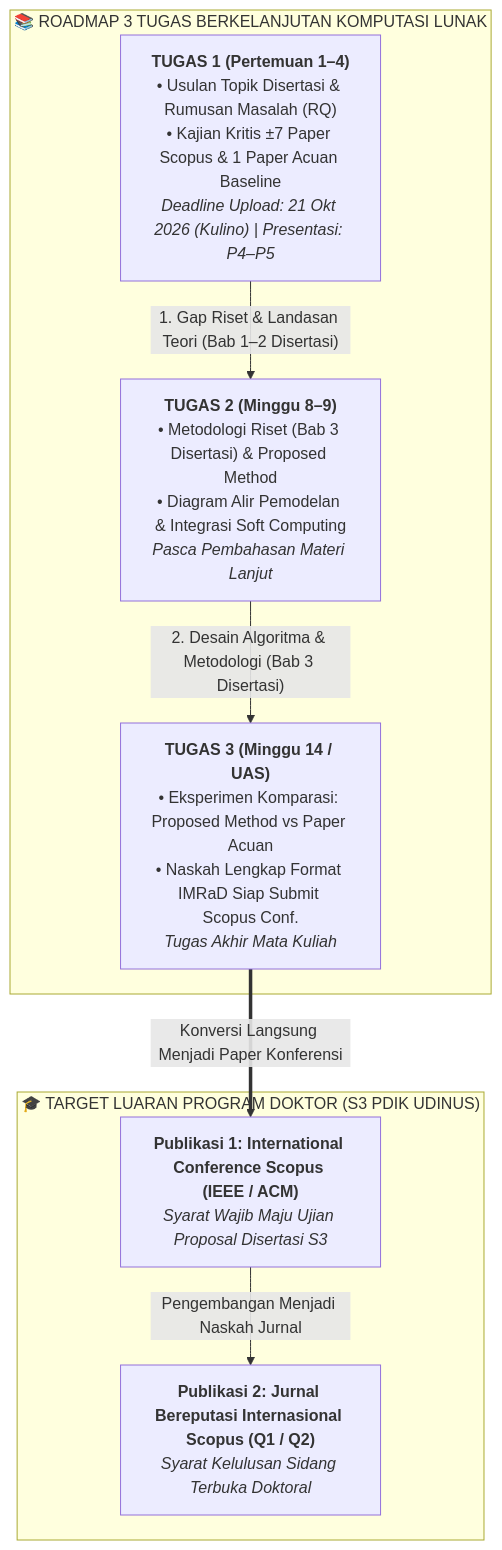
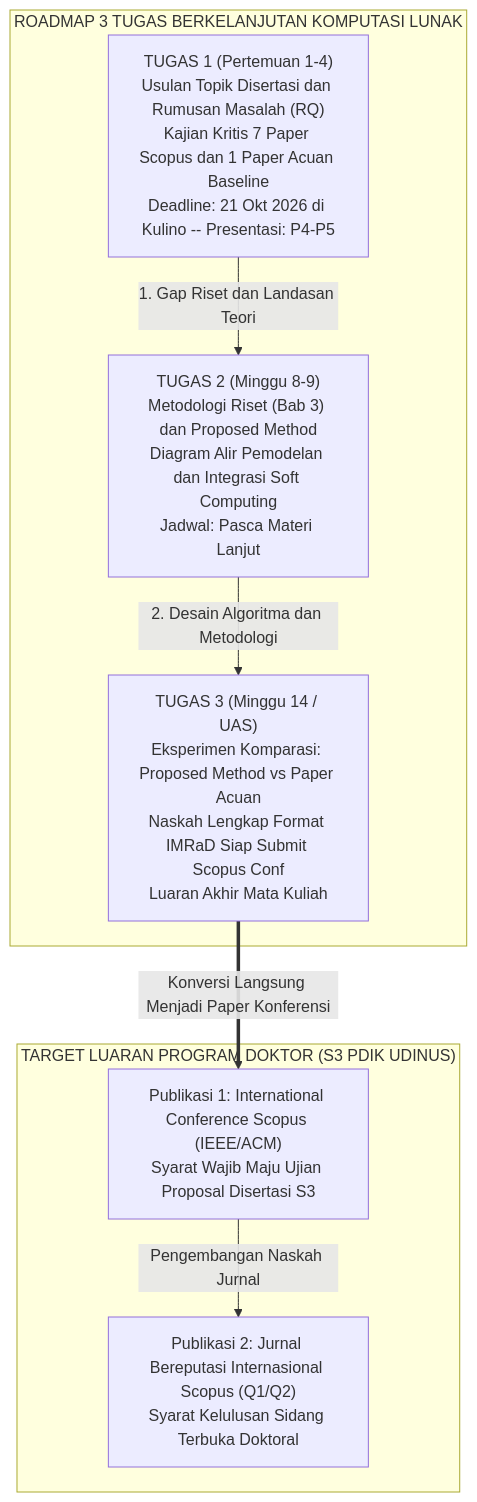
The diagram in 04-advanced-soft-computing/pertemuan-01-pengantar-soft-computing-dan-kontrak-tugas.md (antonprafanto/pdik-udinus-notes), drawn with Mermaid before and after one commit.

Commit message:
fix(mermaid): clean syntax to prevent GitHub parser error and text truncation

````diff
--- a/04-advanced-soft-computing/pertemuan-01-pengantar-soft-computing-dan-kontrak-tugas.md
+++ b/04-advanced-soft-computing/pertemuan-01-pengantar-soft-computing-dan-kontrak-tugas.md
@@ -26,22 +26,22 @@
 ```mermaid
 flowchart TD
-    subgraph TAHAP["📚 ROADMAP 3 TUGAS BERKELANJUTAN KOMPUTASI LUNAK"]
-        T1["<b>TUGAS 1 (Pertemuan 1–4)</b><br/>• Usulan Topik Disertasi & Rumusan Masalah (RQ)<br/>• Kajian Kritis ±7 Paper Scopus & 1 Paper Acuan Baseline<br/><i>Deadline Upload: 21 Okt 2026 (Kulino) | Presentasi: P4–P5</i>"]
+    subgraph TAHAPAN["ROADMAP 3 TUGAS BERKELANJUTAN KOMPUTASI LUNAK"]
+        T1["TUGAS 1 (Pertemuan 1-4)<br/>Usulan Topik Disertasi dan Rumusan Masalah (RQ)<br/>Kajian Kritis 7 Paper Scopus dan 1 Paper Acuan Baseline<br/>Deadline: 21 Okt 2026 di Kulino -- Presentasi: P4-P5"]
 
-        T2["<b>TUGAS 2 (Minggu 8–9)</b><br/>• Metodologi Riset (Bab 3 Disertasi) & Proposed Method<br/>• Diagram Alir Pemodelan & Integrasi Soft Computing<br/><i>Pasca Pembahasan Materi Lanjut</i>"]
+        T2["TUGAS 2 (Minggu 8-9)<br/>Metodologi Riset (Bab 3) dan Proposed Method<br/>Diagram Alir Pemodelan dan Integrasi Soft Computing<br/>Jadwal: Pasca Materi Lanjut"]
 
-        T3["<b>TUGAS 3 (Minggu 14 / UAS)</b><br/>• Eksperimen Komparasi: Proposed Method vs Paper Acuan<br/>• Naskah Lengkap Format IMRaD Siap Submit Scopus Conf.<br/><i>Tugas Akhir Mata Kuliah</i>"]
+        T3["TUGAS 3 (Minggu 14 / UAS)<br/>Eksperimen Komparasi: Proposed Method vs Paper Acuan<br/>Naskah Lengkap Format IMRaD Siap Submit Scopus Conf<br/>Luaran Akhir Mata Kuliah"]
 
-        T1 -->|"1. Gap Riset & Landasan Teori (Bab 1–2 Disertasi)"| T2
-        T2 -->|"2. Desain Algoritma & Metodologi (Bab 3 Disertasi)"| T3
+        T1 -->|"1. Gap Riset dan Landasan Teori"| T2
+        T2 -->|"2. Desain Algoritma dan Metodologi"| T3
     end
 
-    subgraph LUARAN["🎓 TARGET LUARAN PROGRAM DOKTOR (S3 PDIK UDINUS)"]
-        PUB1["<b>Publikasi 1: International Conference Scopus (IEEE / ACM)</b><br/><i>Syarat Wajib Maju Ujian Proposal Disertasi S3</i>"]
-        PUB2["<b>Publikasi 2: Jurnal Bereputasi Internasional Scopus (Q1 / Q2)</b><br/><i>Syarat Kelulusan Sidang Terbuka Doktoral</i>"]
+    subgraph LUARAN["TARGET LUARAN PROGRAM DOKTOR (S3 PDIK UDINUS)"]
+        PUB1["Publikasi 1: International Conference Scopus (IEEE/ACM)<br/>Syarat Wajib Maju Ujian Proposal Disertasi S3"]
+        PUB2["Publikasi 2: Jurnal Bereputasi Internasional Scopus (Q1/Q2)<br/>Syarat Kelulusan Sidang Terbuka Doktoral"]
 
-        PUB1 -->|"Pengembangan Menjadi Naskah Jurnal"| PUB2
+        PUB1 -->|"Pengembangan Naskah Jurnal"| PUB2
     end
 
     T3 ==>|"Konversi Langsung Menjadi Paper Konferensi"| PUB1
 ```
````
